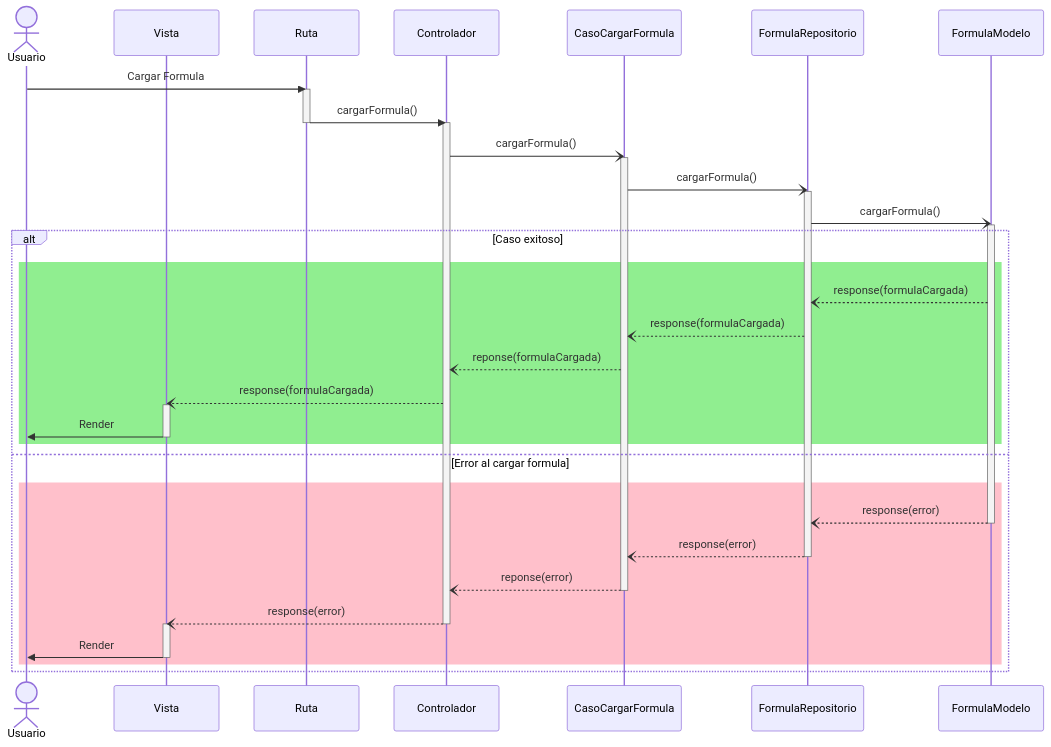
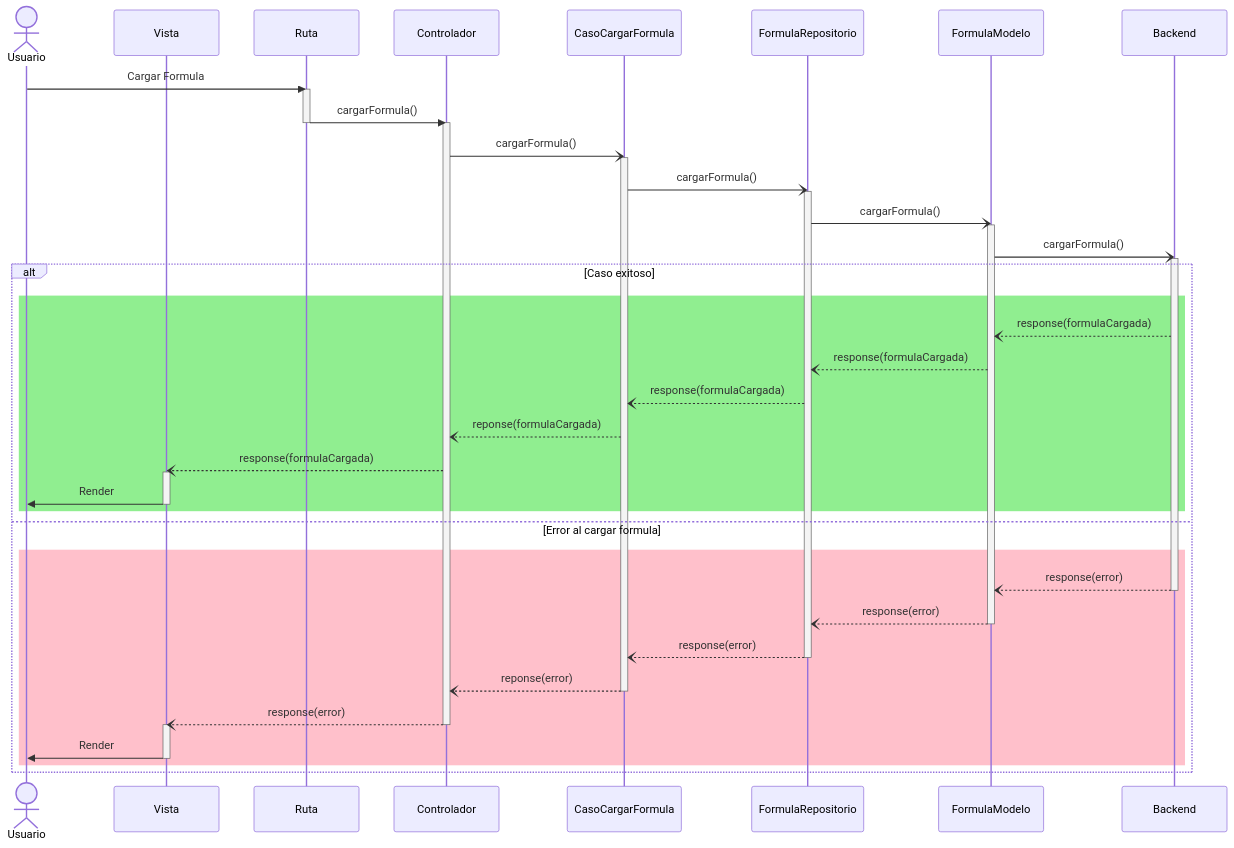
One commit to CodeAnd-Co/Documentacion changed the first of 2 diagrams in documentation/docs/proyectos/tractores/documentacion/requisitos/RF70.md. Above: the diagram before and after it, drawn with Mermaid. The commit also changed other lines of this file, not shown here.

Commit message:
Diagrama de secuencia

````diff
--- a/documentation/docs/proyectos/tractores/documentacion/requisitos/RF70.md
+++ b/documentation/docs/proyectos/tractores/documentacion/requisitos/RF70.md
@@ -29,48 +32,54 @@
 ```mermaid
 sequenceDiagram
     actor Usuario
     participant view as Vista
     participant route as Ruta
     participant controller as Controlador
     participant usecase as CasoCargarFormula
     participant repository as FormulaRepositorio
     participant model as FormulaModelo
+    participant backend as Backend
 
     Usuario->>route: Cargar Formula
     activate route
     route->>controller: cargarFormula()
     deactivate route
     activate controller
     controller-)usecase: cargarFormula()
     activate usecase
     usecase-)repository: cargarFormula()
     activate repository
     repository-)model: cargarFormula()
     activate model 
+    model-)backend: cargarFormula()
+    activate backend
     alt Caso exitoso
     rect Lightgreen
+    backend--)model: response(formulaCargada)
     model--)repository: response(formulaCargada)
     repository--)usecase: response(formulaCargada)
     usecase--)controller: reponse(formulaCargada)
     controller--)view: response(formulaCargada)
     activate view
     view->>Usuario: Render
     deactivate view
     end
     else Error al cargar formula
     rect Pink
+    backend--)model: response(error)
+    deactivate backend
     model--)repository: response(error)
     deactivate model
     repository--)usecase: response(error)
     deactivate repository
     usecase--)controller: reponse(error)
     deactivate usecase
     controller--)view: response(error)
     deactivate controller
     activate view
     view->>Usuario: Render
     deactivate view
     end
     end
     
 ```
````
